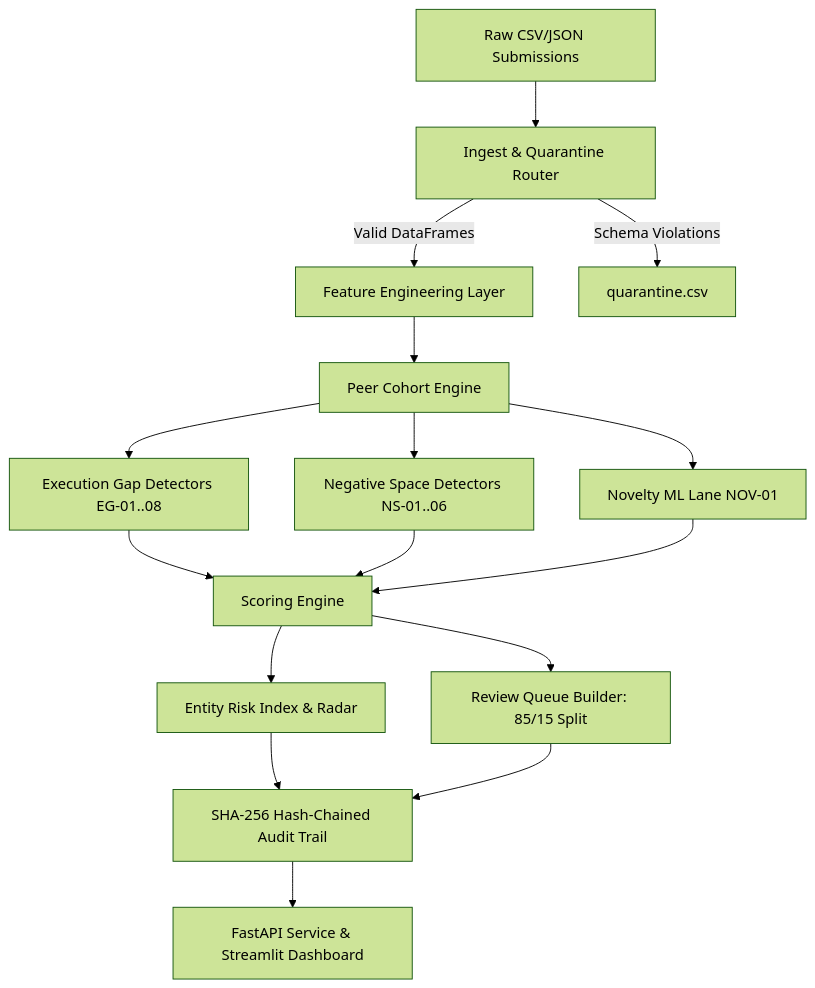
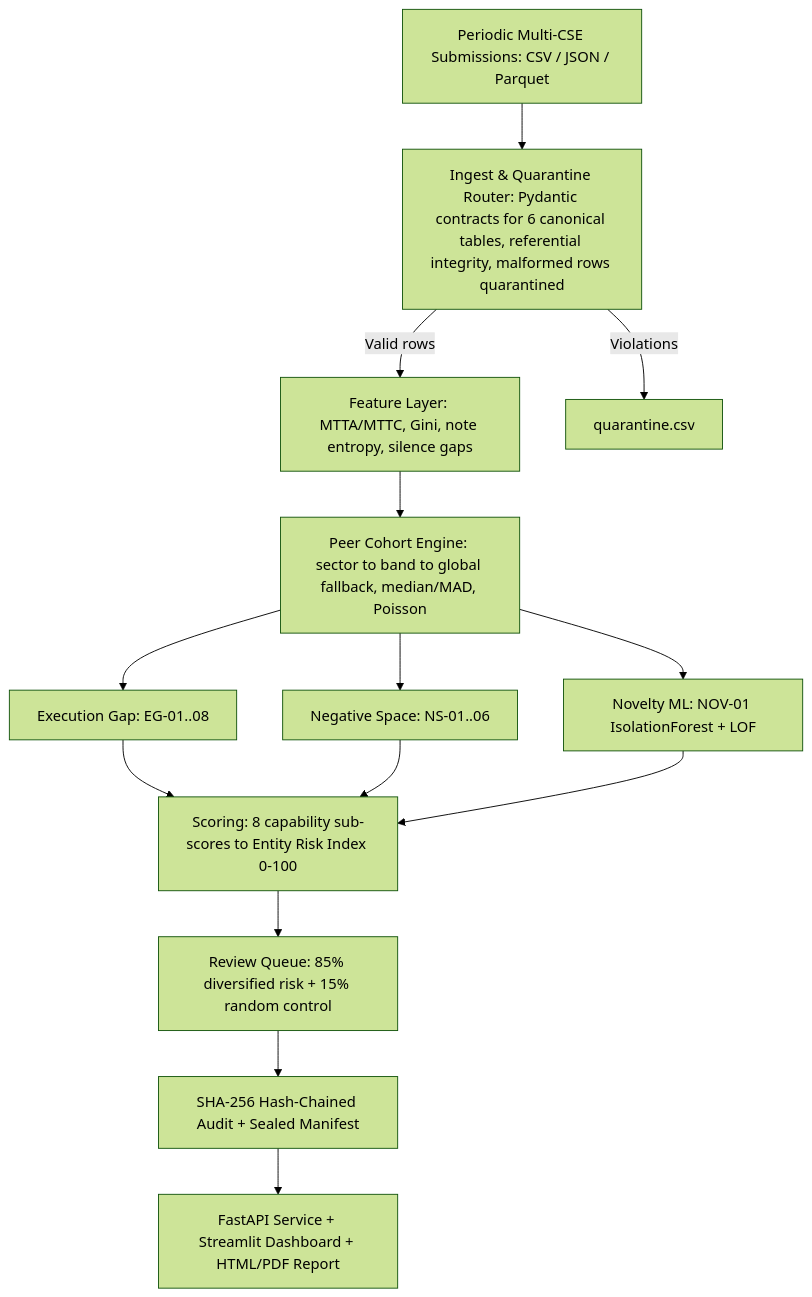
Before and after one commit to Jeevan192/SATIN: the diagram in docs/ARCHITECTURE.md, drawn with Mermaid (forest theme). The commit also changed other lines of this file and 42 other files, not shown here.

````diff
--- a/docs/ARCHITECTURE.md
+++ b/docs/ARCHITECTURE.md
@@ -72,15 +12,16 @@
 ```mermaid
 graph TD
-    A[Raw CSV/JSON Submissions] --> B[Ingest & Quarantine Router]
-    B -->|Valid DataFrames| C[Feature Engineering Layer]
-    B -->|Schema Violations| Q[quarantine.csv]
-    C --> D[Peer Cohort Engine]
-    D --> E1[Execution Gap Detectors EG-01..08]
-    D --> E2[Negative Space Detectors NS-01..06]
-    D --> E3[Novelty ML Lane NOV-01]
-    E1 & E2 & E3 --> F[Scoring Engine]
-    F --> G[Entity Risk Index & Radar]
-    F --> H[Review Queue Builder: 85/15 Split]
-    G & H --> I[SHA-256 Hash-Chained Audit Trail]
-    I --> J[FastAPI Service & Streamlit Dashboard]
+    A[Periodic Multi-CSE Submissions: CSV / JSON / Parquet] --> B[Ingest &amp; Quarantine Router: Pydantic contracts for 6 canonical tables, referential integrity, malformed rows quarantined]
+    B -->|Valid rows| C[Feature Layer: MTTA/MTTC, Gini, note entropy, silence gaps]
+    B -->|Violations| Q[quarantine.csv]
+    C --> D[Peer Cohort Engine: sector to band to global fallback, median/MAD, Poisson]
+    D --> E1[Execution Gap: EG-01..08]
+    D --> E2[Negative Space: NS-01..06]
+    D --> E3[Novelty ML: NOV-01 IsolationForest + LOF]
+    E1 --> F[Scoring: 8 capability sub-scores to Entity Risk Index 0-100]
+    E2 --> F
+    E3 --> F
+    F --> G[Review Queue: 85% diversified risk + 15% random control]
+    G --> H[SHA-256 Hash-Chained Audit + Sealed Manifest]
+    H --> I[FastAPI Service + Streamlit Dashboard + HTML/PDF Report]
 ```
````
